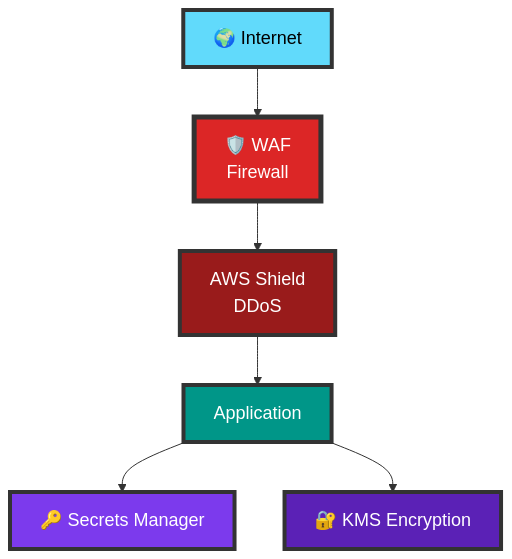
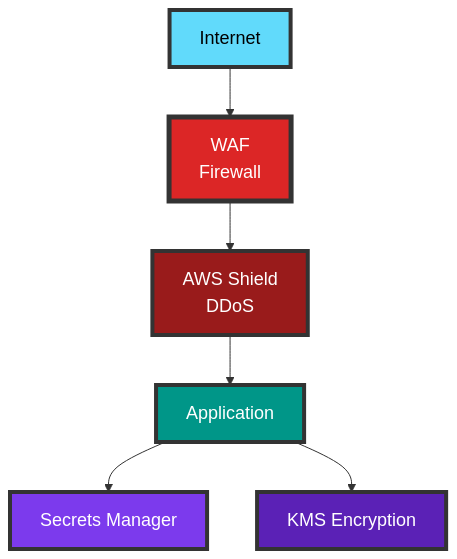
One commit to inskillflow/awsbedrock-demo-1-inmemory changed diagram 22 of 24 in documentation/00-ARCHITECTURE.md. Above: the diagram before and after it, drawn with Mermaid. The commit also changed other lines of this file, not shown here.

First line of the commit message:
refactor: simplification des diagrammes - retrait des emojis

````diff
--- a/documentation/00-ARCHITECTURE.md
+++ b/documentation/00-ARCHITECTURE.md
@@ -942,22 +942,22 @@
 ```mermaid
 flowchart TD
-    Internet[🌍 Internet]
-    WAF[🛡️ WAF<br/>Firewall]
+    Internet[Internet]
+    WAF[WAF<br/>Firewall]
     Shield[AWS Shield<br/>DDoS]
     App[Application]
-    Secrets[🔑 Secrets Manager]
-    KMS[🔐 KMS Encryption]
+    Secrets[Secrets Manager]
+    KMS[KMS Encryption]
     
     Internet --> WAF
     WAF --> Shield
     Shield --> App
     App --> Secrets
     App --> KMS
     
     style Internet fill:#61DAFB,stroke:#333,stroke-width:4px,color:#000,font-size:18px
     style WAF fill:#DC2626,stroke:#333,stroke-width:5px,color:#fff,font-size:18px
     style Shield fill:#991B1B,stroke:#333,stroke-width:4px,color:#fff,font-size:18px
     style App fill:#009688,stroke:#333,stroke-width:4px,color:#fff,font-size:18px
     style Secrets fill:#7C3AED,stroke:#333,stroke-width:4px,color:#fff,font-size:18px
     style KMS fill:#5B21B6,stroke:#333,stroke-width:4px,color:#fff,font-size:18px
 ```
````
